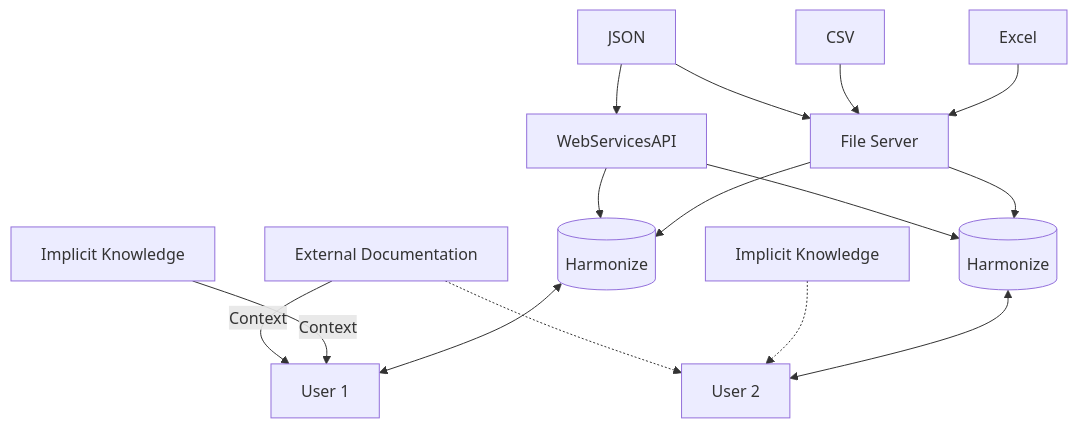
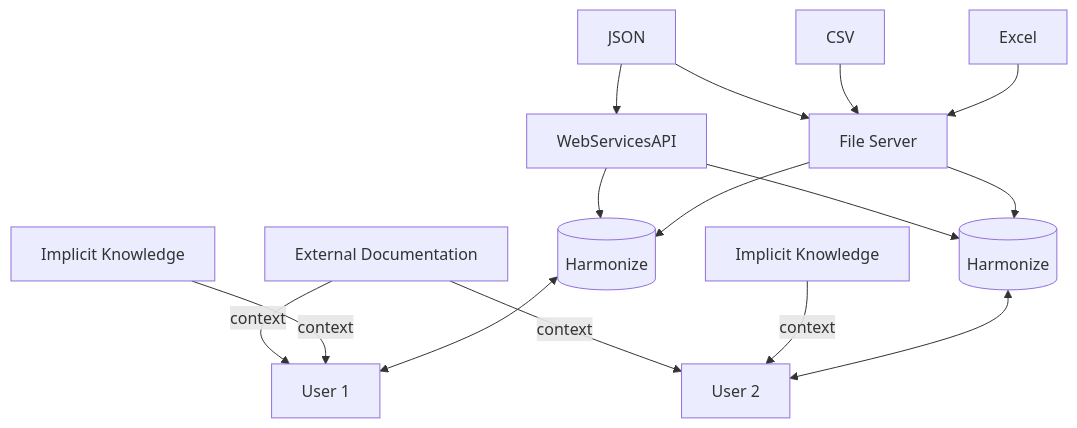
Before and after one commit to adplincinst/sal-spec: the first of 3 diagrams in README.md, drawn with Mermaid.

Commit message:
added context label to mermaid edge arrow

````diff
--- a/README.md
+++ b/README.md
@@ -14,23 +14,23 @@
 ```mermaid
 flowchart TD 
 
 JSON["JSON"]
 CSV["CSV"]
 Excel["Excel"]
 ExternalDocs["External Documentation"]
 ImplicitKnowledge["Implicit Knowledge"]
 JSON --> WebServicesAPI
 JSON --> FileServer["File Server"]
 CSV --> FileServer
 Excel --> FileServer
 WebServicesAPI --> Harmonize1[("Harmonize")]
 FileServer --> Harmonize1
-ExternalDocs --Context--> User1["User 1"]
-ImplicitKnowledge1["Implicit Knowledge"] --Context--> User1
+ExternalDocs --context--> User1["User 1"]
+ImplicitKnowledge1["Implicit Knowledge"] --context--> User1
 Harmonize1 <--> User1
 WebServicesAPI --> Harmonize2[("Harmonize")]
 FileServer --> Harmonize2
-ExternalDocs -.-> User2["User 1"]
-ImplicitKnowledge -.-> User2["User 2"]
+ExternalDocs --context--> User2["User 1"]
+ImplicitKnowledge --context--> User2["User 2"]
 Harmonize2 <--> User2
 ```
````
